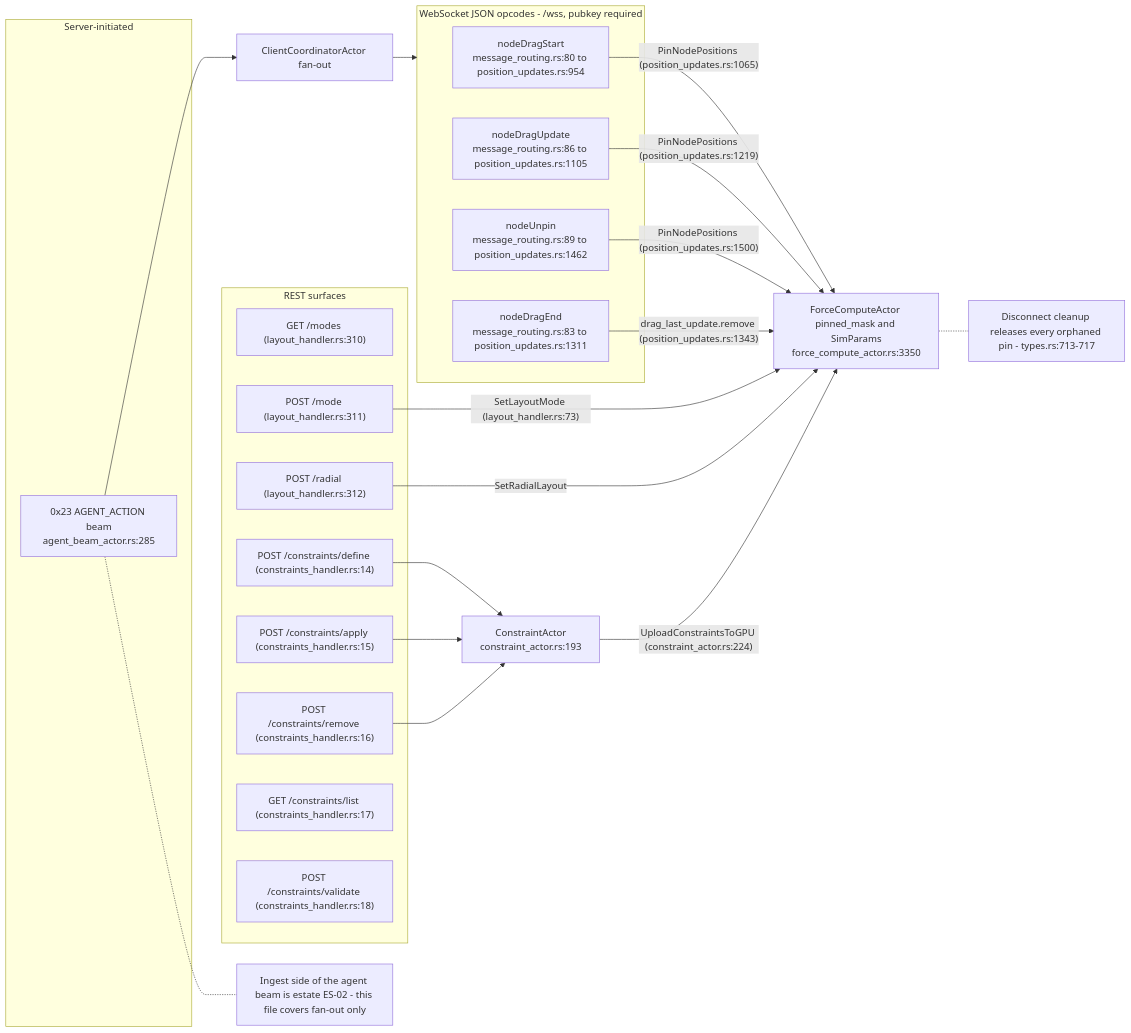
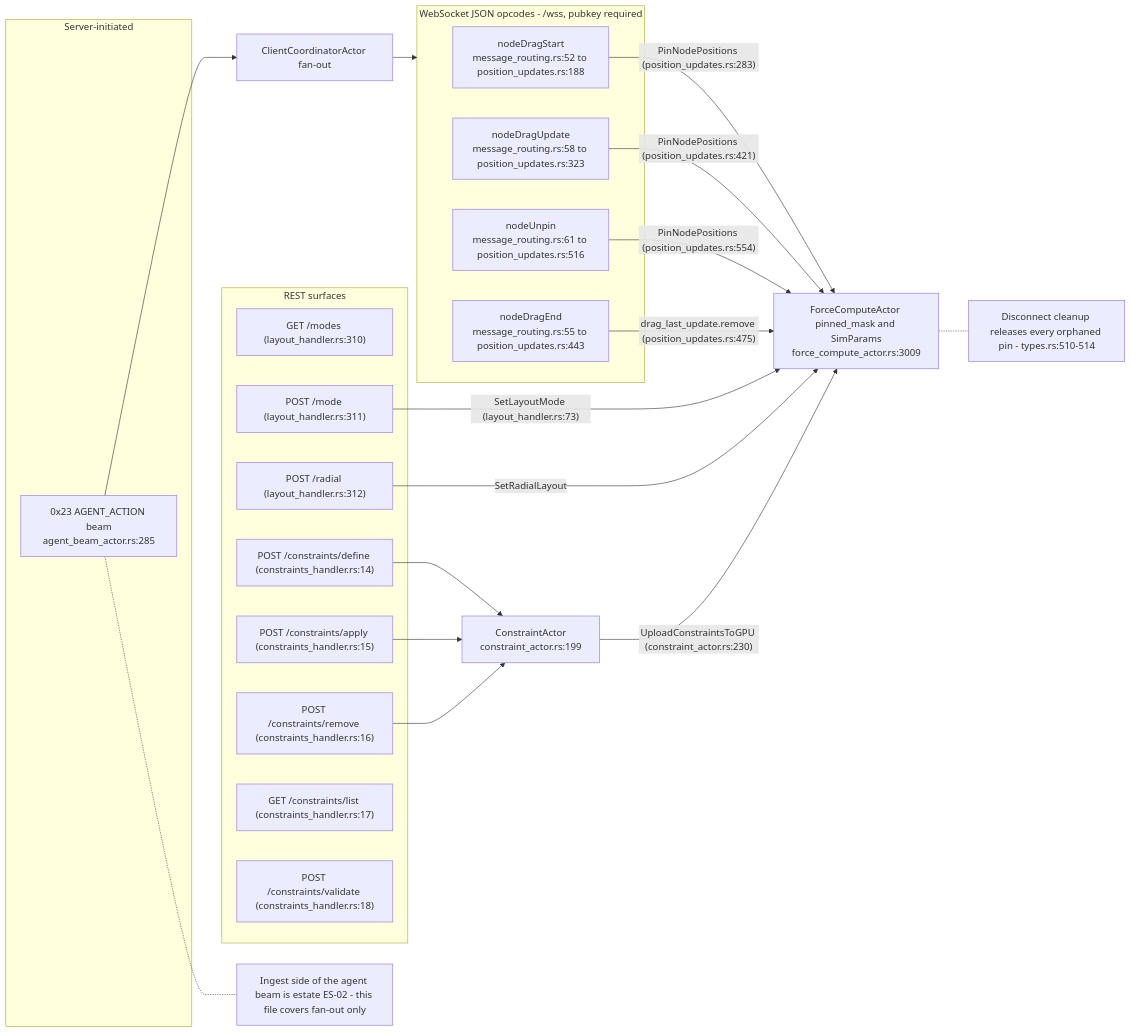
Before and after one commit to DreamLab-AI/VisionFlow: the seventh of 8 diagrams in docs/diagrams/visionclaw/16-interaction-drag-pin-layout.md, drawn with Mermaid. The commit also changed other lines of this file and 160 other files, not shown here.

````diff
--- a/docs/diagrams/visionclaw/16-interaction-drag-pin-layout.md
+++ b/docs/diagrams/visionclaw/16-interaction-drag-pin-layout.md
@@ -222,43 +225,43 @@
 ```mermaid
 flowchart LR
     subgraph WSOPS["WebSocket JSON opcodes - /wss, pubkey required"]
-        D1["nodeDragStart<br/>message_routing.rs:80 to position_updates.rs:954"]
-        D2["nodeDragEnd<br/>message_routing.rs:83 to position_updates.rs:1311"]
-        D3["nodeDragUpdate<br/>message_routing.rs:86 to position_updates.rs:1105"]
-        D4["nodeUnpin<br/>message_routing.rs:89 to position_updates.rs:1462"]
+        D1["nodeDragStart<br/>message_routing.rs:52 to position_updates.rs:188"]
+        D2["nodeDragEnd<br/>message_routing.rs:55 to position_updates.rs:443"]
+        D3["nodeDragUpdate<br/>message_routing.rs:58 to position_updates.rs:323"]
+        D4["nodeUnpin<br/>message_routing.rs:61 to position_updates.rs:516"]
     end
     subgraph REST["REST surfaces"]
         L1["GET /modes (layout_handler.rs:310)"]
         L2["POST /mode (layout_handler.rs:311)"]
         L3["POST /radial (layout_handler.rs:312)"]
         K1["POST /constraints/define (constraints_handler.rs:14)"]
         K2["POST /constraints/apply (constraints_handler.rs:15)"]
         K3["POST /constraints/remove (constraints_handler.rs:16)"]
         K4["GET /constraints/list (constraints_handler.rs:17)"]
         K5["POST /constraints/validate (constraints_handler.rs:18)"]
     end
     subgraph SRVPUSH["Server-initiated"]
         B1["0x23 AGENT_ACTION beam<br/>agent_beam_actor.rs:285"]
     end
-    GPU["ForceComputeActor pinned_mask and SimParams<br/>force_compute_actor.rs:3350"]
-    CA["ConstraintActor<br/>constraint_actor.rs:193"]
+    GPU["ForceComputeActor pinned_mask and SimParams<br/>force_compute_actor.rs:3009"]
+    CA["ConstraintActor<br/>constraint_actor.rs:199"]
     CC["ClientCoordinatorActor fan-out"]
 
-    D1 -->|"PinNodePositions (position_updates.rs:1065)"| GPU
-    D3 -->|"PinNodePositions (position_updates.rs:1219)"| GPU
-    D4 -->|"PinNodePositions (position_updates.rs:1500)"| GPU
-    D2 -->|"drag_last_update.remove (position_updates.rs:1343)"| GPU
+    D1 -->|"PinNodePositions (position_updates.rs:283)"| GPU
+    D3 -->|"PinNodePositions (position_updates.rs:421)"| GPU
+    D4 -->|"PinNodePositions (position_updates.rs:554)"| GPU
+    D2 -->|"drag_last_update.remove (position_updates.rs:475)"| GPU
     L2 -->|"SetLayoutMode (layout_handler.rs:73)"| GPU
     L3 -->|"SetRadialLayout"| GPU
     K1 --> CA
     K2 --> CA
     K3 --> CA
-    CA -->|"UploadConstraintsToGPU (constraint_actor.rs:224)"| GPU
+    CA -->|"UploadConstraintsToGPU (constraint_actor.rs:230)"| GPU
     B1 --> CC
     CC --> WSOPS
 
-    N1["Disconnect cleanup releases every orphaned pin - types.rs:713-717"]
+    N1["Disconnect cleanup releases every orphaned pin - types.rs:510-514"]
     N2["Ingest side of the agent beam is estate ES-02 - this file covers fan-out only"]
     GPU -.- N1
     B1 -.- N2
 ```
````
